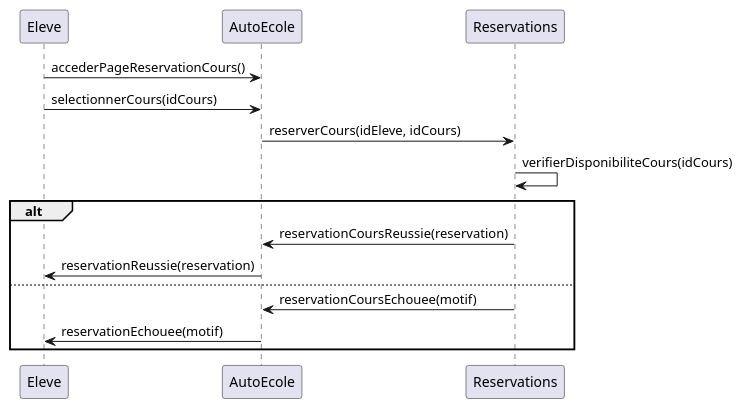
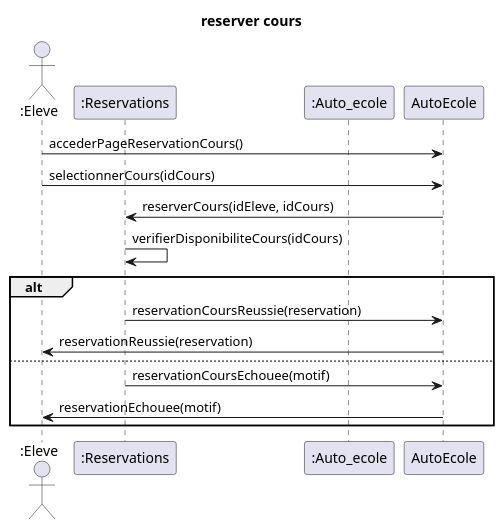
Before and after one commit to jerbi2026/Auto_ecole: the diagram in Rendu 2/Diagramme de sequence/reserver_cour.pu, drawn with PlantUML. The commit also changed 12 other files, not shown here.

```diff
--- a/Rendu 2/Diagramme de sequence/reserver_cour.pu
+++ b/Rendu 2/Diagramme de sequence/reserver_cour.pu
@@ -1,21 +1,23 @@
 @startuml
-participant Eleve
-participant AutoEcole
-participant Reservations
+title reserver cours
+
+actor ":Eleve" as Eleve
+participant ":Reservations" as Reservations
+participant ":Auto_ecole" as Auto_ecole
 
 Eleve->AutoEcole: accederPageReservationCours()
 
 Eleve->AutoEcole: selectionnerCours(idCours)
 
 AutoEcole->Reservations: reserverCours(idEleve, idCours)
 
 Reservations->Reservations: verifierDisponibiliteCours(idCours)
 
 alt
     Reservations->AutoEcole: reservationCoursReussie(reservation)
     AutoEcole->Eleve: reservationReussie(reservation)
 else
     Reservations->AutoEcole: reservationCoursEchouee(motif)
     AutoEcole->Eleve: reservationEchouee(motif)
 end
 @enduml
```
